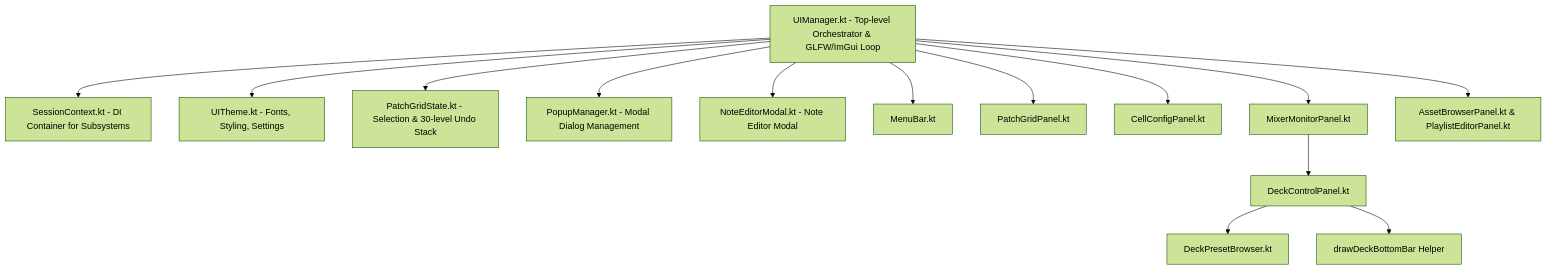
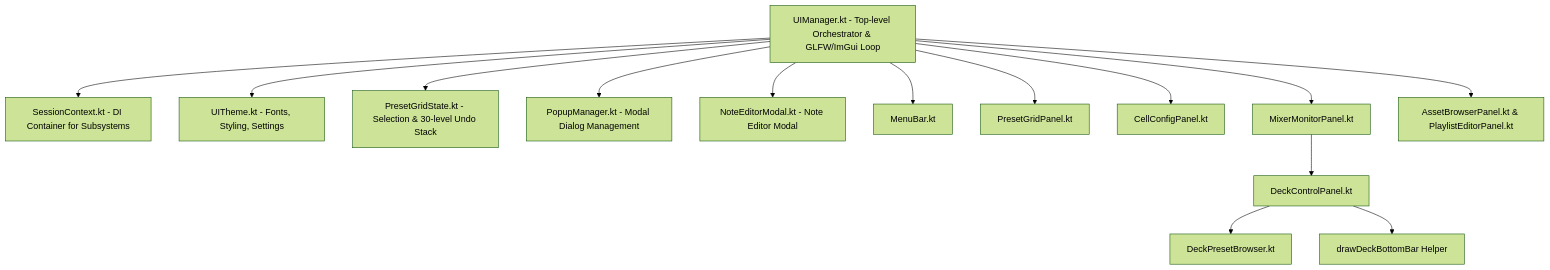
Before and after one commit to greenjon/liquid-lsd: the diagram in docs/developer/ui.md, drawn with Mermaid (forest theme). The commit also changed other lines of this file and 61 other files, not shown here.

Commit message:
refactor: complete patch to preset terminology migration across UI and docs

````diff
--- a/docs/developer/ui.md
+++ b/docs/developer/ui.md
@@ -9,26 +9,26 @@
 ```mermaid
 graph TD
     UIManager[UIManager.kt - Top-level Orchestrator & GLFW/ImGui Loop]
     
     SessionContext[SessionContext.kt - DI Container for Subsystems]
     UITheme[UITheme.kt - Fonts, Styling, Settings]
-    PatchGridState[PatchGridState.kt - Selection & 30-level Undo Stack]
+    PresetGridState[PresetGridState.kt - Selection & 30-level Undo Stack]
     PopupManager[PopupManager.kt - Modal Dialog Management]
     NoteEditorModal[NoteEditorModal.kt - Note Editor Modal]
     
     UIManager --> SessionContext
     UIManager --> UITheme
-    UIManager --> PatchGridState
+    UIManager --> PresetGridState
     UIManager --> PopupManager
     UIManager --> NoteEditorModal
     
     UIManager --> MenuBar[MenuBar.kt]
-    UIManager --> PatchGridPanel[PatchGridPanel.kt]
+    UIManager --> PresetGridPanel[PresetGridPanel.kt]
     UIManager --> CellConfigPanel[CellConfigPanel.kt]
     UIManager --> MixerMonitorPanel[MixerMonitorPanel.kt]
     UIManager --> AssetBrowserPanel[AssetBrowserPanel.kt & PlaylistEditorPanel.kt]
     
     MixerMonitorPanel --> DeckControlPanel[DeckControlPanel.kt]
     DeckControlPanel --> DeckPresetBrowser[DeckPresetBrowser.kt]
     DeckControlPanel --> drawDeckBottomBar[drawDeckBottomBar Helper]
 ```
````
